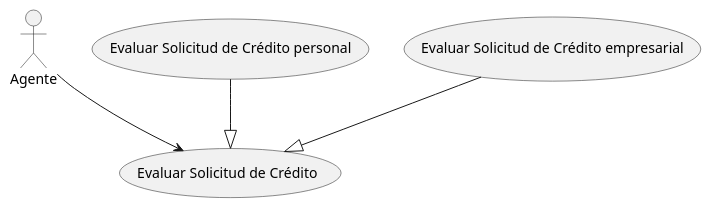
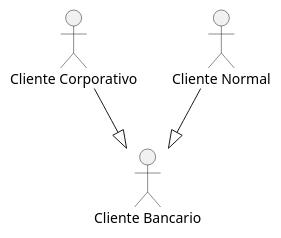
The diagram in Practica2UD12UML/src/Practica2.puml (JaimeSoftDev/Practica2UD12UML-Jaime-Macia-Mora), drawn with PlantUML before and after one commit.

Commit message:
Diagrama herencia 2

```diff
--- a/Practica2UD12UML/src/Practica2.puml
+++ b/Practica2UD12UML/src/Practica2.puml
@@ -1,9 +1,7 @@
 @startuml
-:Agente: as actor1
-(Evaluar Solicitud de Crédito) as UC1
-(Evaluar Solicitud de Crédito personal) as UC2
-(Evaluar Solicitud de Crédito empresarial) as UC3
-actor1 --> UC1
-UC2 --|> UC1
-UC3 --|> UC1
+:Cliente Bancario: as actor1
+:Cliente Corporativo: as actor2
+:Cliente Normal: as actor3
+actor2 --|> actor1
+actor3 --|> actor1
 @enduml
```
